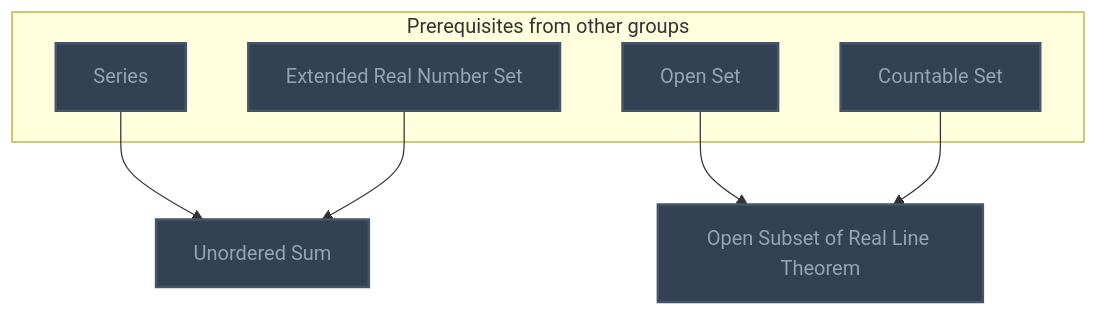
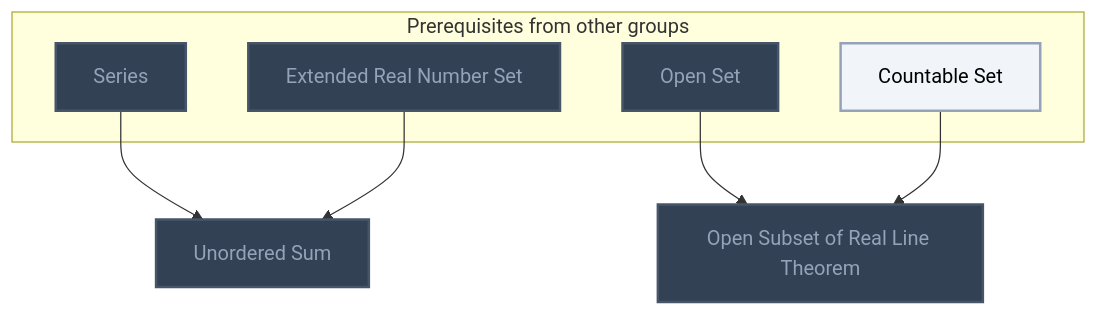
The fifth of 13 diagrams in Gamification/Skill Trees/Measure Theory.md (MRauf1/My-Notes), drawn with Mermaid before and after one commit. The commit also changed other lines of this file and 156 other files, not shown here.

````diff
--- a/Gamification/Skill Trees/Measure Theory.md
+++ b/Gamification/Skill Trees/Measure Theory.md
@@ -147,26 +151,27 @@
 ```mermaid
 flowchart TD
     classDef planned fill:#1E293B,stroke:#64748B,stroke-width:2px,stroke-dasharray:5 5,color:#94A3B8;
     classDef locked fill:#334155,stroke:#475569,stroke-width:2px,color:#94A3B8;
     classDef L0 fill:#F1F5F9,stroke:#94A3B8,stroke-width:2px,color:#000000;
     classDef L1 fill:#22C55E,stroke:#15803D,stroke-width:2px,color:#000000;
     classDef L2 fill:#3B82F6,stroke:#1D4ED8,stroke-width:3px,color:#FFFFFF;
     classDef L3 fill:#A855F7,stroke:#6B21A8,stroke-width:3px,color:#FFFFFF,font-weight:bold;
     classDef L4 fill:#F97316,stroke:#C2410C,stroke-width:4px,color:#000000,font-weight:bold;
     classDef L5 fill:#FFD700,stroke:#FF8C00,stroke-width:5px,color:#000000,font-weight:bold;
     classDef rusty stroke:#8B4513,stroke-width:4px,stroke-dasharray:3 3;
     subgraph sg_prereqs["Prerequisites from other groups"]
         n_series["Series"]
         n_extended_real_number_set["Extended Real Number Set"]
         n_open_set["Open Set"]
         n_countable_set["Countable Set"]
     end
     n_unordered_sum["Unordered Sum"]
     n_open_subset_of_real_line_theorem["Open Subset of Real Line Theorem"]
     n_series --> n_unordered_sum
     n_extended_real_number_set --> n_unordered_sum
     n_open_set --> n_open_subset_of_real_line_theorem
     n_countable_set --> n_open_subset_of_real_line_theorem
-    class n_series,n_extended_real_number_set,n_open_set,n_countable_set,n_unordered_sum,n_open_subset_of_real_line_theorem locked;
+    class n_series,n_extended_real_number_set,n_open_set,n_unordered_sum,n_open_subset_of_real_line_theorem locked;
+    class n_countable_set L0;
     class n_series,n_extended_real_number_set,n_open_set,n_countable_set,n_unordered_sum,n_open_subset_of_real_line_theorem internal-link;
 ```
````
